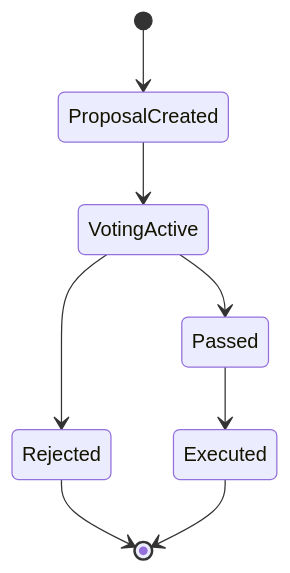
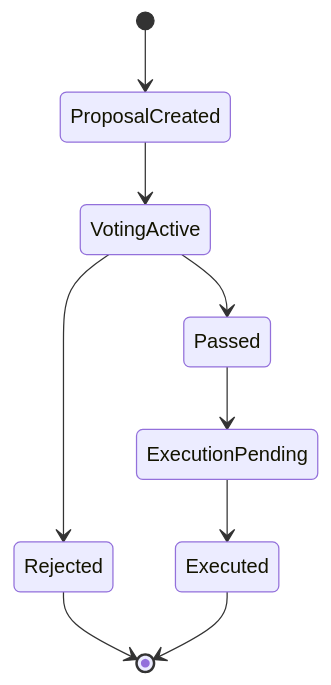
One commit to Venrable18/Stellar_LocalDoa changed the third of 6 diagrams in README.md. Above: the diagram before and after it, drawn with Mermaid. The commit also changed other lines of this file, not shown here.

Commit message:
Update README with new flow diagrams and details

````diff
--- a/README.md
+++ b/README.md
@@ -74,10 +93,11 @@
 ```mermaid
 stateDiagram-v2
     [*] --> ProposalCreated
     ProposalCreated --> VotingActive
     VotingActive --> Passed
     VotingActive --> Rejected
-    Passed --> Executed
+    Passed --> ExecutionPending
+    ExecutionPending --> Executed
     Rejected --> [*]
     Executed --> [*]
 ```
````
